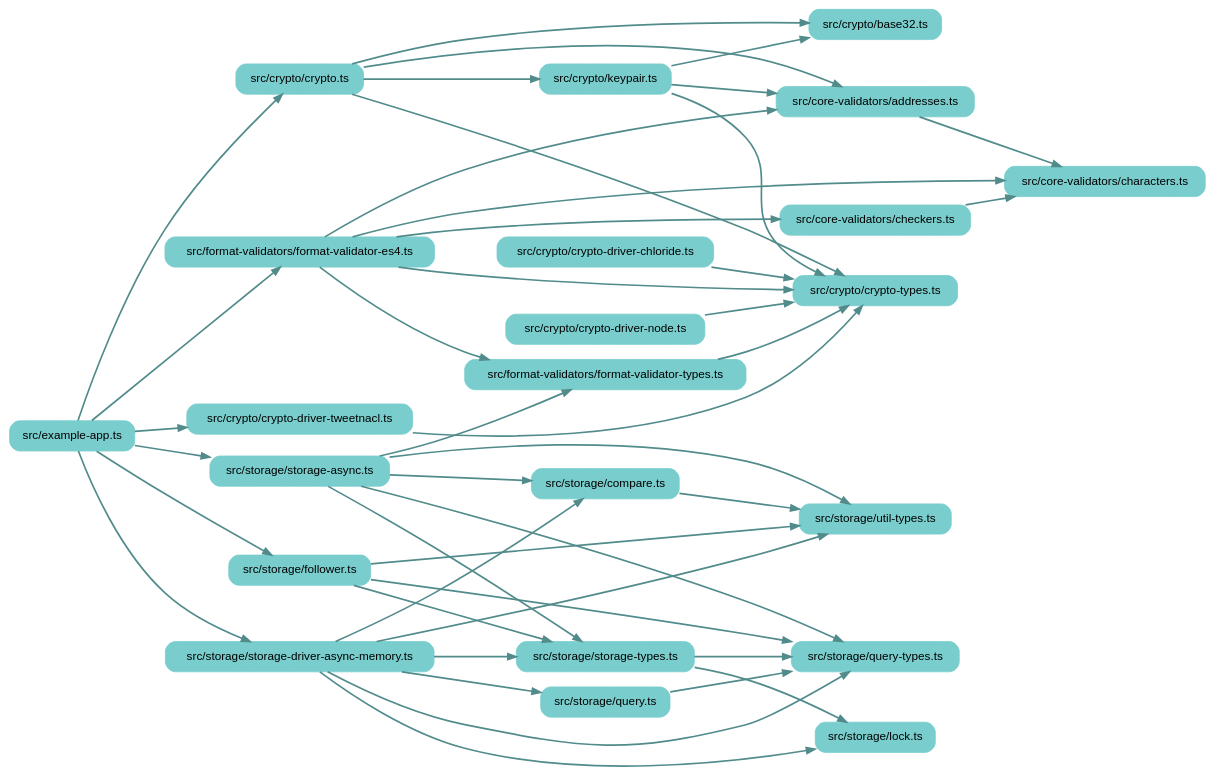
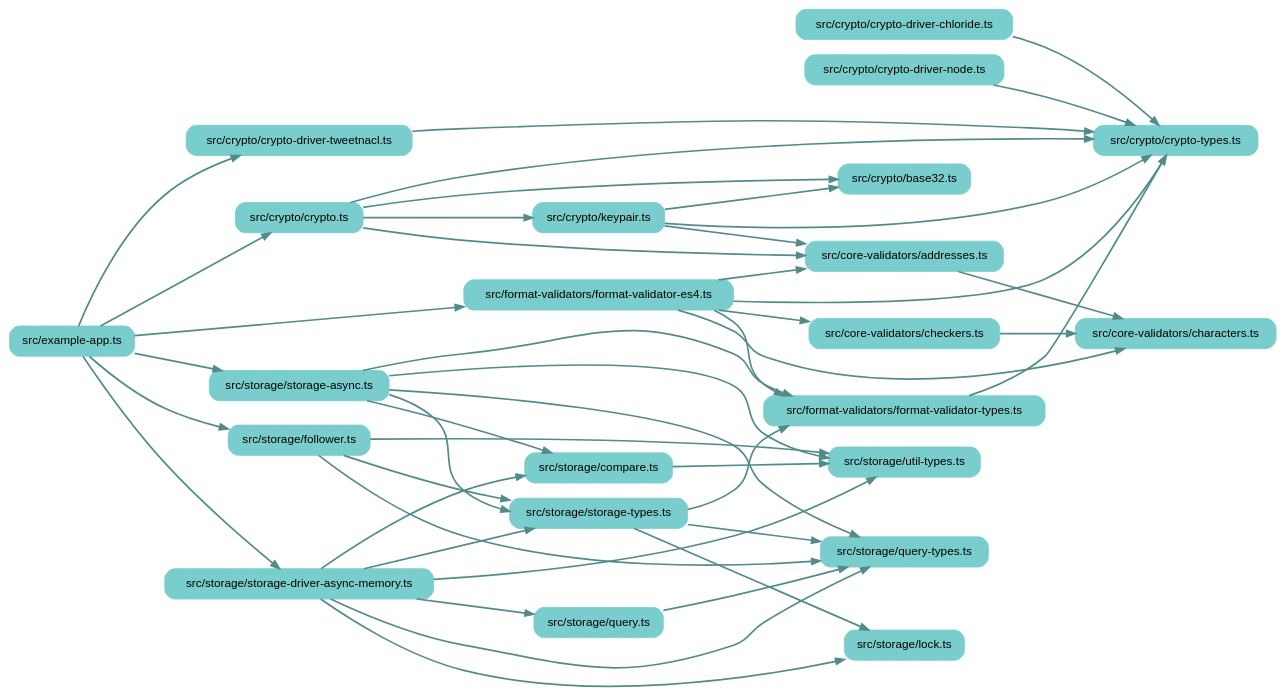
Before and after one commit to earthstar-project/earthstar: the diagram in depchart/depchart-loose.dot, drawn with Graphviz. The commit also changed 8 other files, not shown here.

```diff
--- a/depchart/depchart-loose.dot
+++ b/depchart/depchart-loose.dot
@@ -1,81 +1,82 @@
 
 digraph G {
     //splines=line;
     //splines=polyline;
     splines=true;
     rankdir=LR;
     //newrank=true;
     compound=true;
     graph [fontname = "helvetica"];  // dpi=72
     node [fontname = "helvetica"];
     edge [fontname = "helvetica"];
     
     // files in their folder clusters
         "src/example-app.ts" [label="src/example-app.ts", shape=rectangle; style="rounded,filled"; color=darkslategray3];
         "src/core-validators/addresses.ts" [label="src/core-validators/addresses.ts", shape=rectangle; style="rounded,filled"; color=darkslategray3];
             "src/core-validators/characters.ts" [label="src/core-validators/characters.ts", shape=rectangle; style="rounded,filled"; color=darkslategray3];
             "src/core-validators/checkers.ts" [label="src/core-validators/checkers.ts", shape=rectangle; style="rounded,filled"; color=darkslategray3];
         "src/crypto/base32.ts" [label="src/crypto/base32.ts", shape=rectangle; style="rounded,filled"; color=darkslategray3];
             "src/crypto/crypto-driver-chloride.ts" [label="src/crypto/crypto-driver-chloride.ts", shape=rectangle; style="rounded,filled"; color=darkslategray3];
             "src/crypto/crypto-driver-node.ts" [label="src/crypto/crypto-driver-node.ts", shape=rectangle; style="rounded,filled"; color=darkslategray3];
             "src/crypto/crypto-driver-tweetnacl.ts" [label="src/crypto/crypto-driver-tweetnacl.ts", shape=rectangle; style="rounded,filled"; color=darkslategray3];
             "src/crypto/crypto-types.ts" [label="src/crypto/crypto-types.ts", shape=rectangle; style="rounded,filled"; color=darkslategray3];
             "src/crypto/crypto.ts" [label="src/crypto/crypto.ts", shape=rectangle; style="rounded,filled"; color=darkslategray3];
             "src/crypto/keypair.ts" [label="src/crypto/keypair.ts", shape=rectangle; style="rounded,filled"; color=darkslategray3];
         "src/format-validators/format-validator-es4.ts" [label="src/format-validators/format-validator-es4.ts", shape=rectangle; style="rounded,filled"; color=darkslategray3];
             "src/format-validators/format-validator-types.ts" [label="src/format-validators/format-validator-types.ts", shape=rectangle; style="rounded,filled"; color=darkslategray3];
         "src/storage/compare.ts" [label="src/storage/compare.ts", shape=rectangle; style="rounded,filled"; color=darkslategray3];
             "src/storage/follower.ts" [label="src/storage/follower.ts", shape=rectangle; style="rounded,filled"; color=darkslategray3];
             "src/storage/lock.ts" [label="src/storage/lock.ts", shape=rectangle; style="rounded,filled"; color=darkslategray3];
             "src/storage/query-types.ts" [label="src/storage/query-types.ts", shape=rectangle; style="rounded,filled"; color=darkslategray3];
             "src/storage/query.ts" [label="src/storage/query.ts", shape=rectangle; style="rounded,filled"; color=darkslategray3];
             "src/storage/storage-async.ts" [label="src/storage/storage-async.ts", shape=rectangle; style="rounded,filled"; color=darkslategray3];
             "src/storage/storage-driver-async-memory.ts" [label="src/storage/storage-driver-async-memory.ts", shape=rectangle; style="rounded,filled"; color=darkslategray3];
             "src/storage/storage-types.ts" [label="src/storage/storage-types.ts", shape=rectangle; style="rounded,filled"; color=darkslategray3];
             "src/storage/util-types.ts" [label="src/storage/util-types.ts", shape=rectangle; style="rounded,filled"; color=darkslategray3];
 
     // edges between files
     "src/core-validators/addresses.ts" -> "src/core-validators/characters.ts" [penwidth=2; color=darkslategray4];
     "src/core-validators/checkers.ts" -> "src/core-validators/characters.ts" [penwidth=2; color=darkslategray4];
     "src/crypto/crypto-driver-chloride.ts" -> "src/crypto/crypto-types.ts" [penwidth=2; color=darkslategray4];
     "src/crypto/crypto-driver-node.ts" -> "src/crypto/crypto-types.ts" [penwidth=2; color=darkslategray4];
     "src/crypto/crypto-driver-tweetnacl.ts" -> "src/crypto/crypto-types.ts" [penwidth=2; color=darkslategray4];
     "src/crypto/crypto.ts" -> "src/crypto/crypto-types.ts" [penwidth=2; color=darkslategray4];
     "src/crypto/crypto.ts" -> "src/crypto/base32.ts" [penwidth=2; color=darkslategray4];
     "src/crypto/crypto.ts" -> "src/crypto/keypair.ts" [penwidth=2; color=darkslategray4];
     "src/crypto/crypto.ts" -> "src/core-validators/addresses.ts" [penwidth=2; color=darkslategray4];
     "src/crypto/keypair.ts" -> "src/crypto/base32.ts" [penwidth=2; color=darkslategray4];
     "src/crypto/keypair.ts" -> "src/crypto/crypto-types.ts" [penwidth=2; color=darkslategray4];
     "src/crypto/keypair.ts" -> "src/core-validators/addresses.ts" [penwidth=2; color=darkslategray4];
     "src/example-app.ts" -> "src/format-validators/format-validator-es4.ts" [penwidth=2; color=darkslategray4];
     "src/example-app.ts" -> "src/storage/storage-driver-async-memory.ts" [penwidth=2; color=darkslategray4];
     "src/example-app.ts" -> "src/storage/storage-async.ts" [penwidth=2; color=darkslategray4];
     "src/example-app.ts" -> "src/storage/follower.ts" [penwidth=2; color=darkslategray4];
     "src/example-app.ts" -> "src/crypto/crypto.ts" [penwidth=2; color=darkslategray4];
     "src/example-app.ts" -> "src/crypto/crypto-driver-tweetnacl.ts" [penwidth=2; color=darkslategray4];
     "src/format-validators/format-validator-es4.ts" -> "src/format-validators/format-validator-types.ts" [penwidth=2; color=darkslategray4];
     "src/format-validators/format-validator-es4.ts" -> "src/crypto/crypto-types.ts" [penwidth=2; color=darkslategray4];
     "src/format-validators/format-validator-es4.ts" -> "src/core-validators/characters.ts" [penwidth=2; color=darkslategray4];
     "src/format-validators/format-validator-es4.ts" -> "src/core-validators/checkers.ts" [penwidth=2; color=darkslategray4];
     "src/format-validators/format-validator-es4.ts" -> "src/core-validators/addresses.ts" [penwidth=2; color=darkslategray4];
     "src/format-validators/format-validator-types.ts" -> "src/crypto/crypto-types.ts" [penwidth=2; color=darkslategray4];
     "src/storage/compare.ts" -> "src/storage/util-types.ts" [penwidth=2; color=darkslategray4];
     "src/storage/follower.ts" -> "src/storage/util-types.ts" [penwidth=2; color=darkslategray4];
     "src/storage/follower.ts" -> "src/storage/query-types.ts" [penwidth=2; color=darkslategray4];
     "src/storage/follower.ts" -> "src/storage/storage-types.ts" [penwidth=2; color=darkslategray4];
     "src/storage/query.ts" -> "src/storage/query-types.ts" [penwidth=2; color=darkslategray4];
     "src/storage/storage-async.ts" -> "src/storage/util-types.ts" [penwidth=2; color=darkslategray4];
     "src/storage/storage-async.ts" -> "src/storage/query-types.ts" [penwidth=2; color=darkslategray4];
     "src/storage/storage-async.ts" -> "src/storage/storage-types.ts" [penwidth=2; color=darkslategray4];
     "src/storage/storage-async.ts" -> "src/format-validators/format-validator-types.ts" [penwidth=2; color=darkslategray4];
     "src/storage/storage-async.ts" -> "src/storage/compare.ts" [penwidth=2; color=darkslategray4];
     "src/storage/storage-driver-async-memory.ts" -> "src/storage/util-types.ts" [penwidth=2; color=darkslategray4];
     "src/storage/storage-driver-async-memory.ts" -> "src/storage/query-types.ts" [penwidth=2; color=darkslategray4];
     "src/storage/storage-driver-async-memory.ts" -> "src/storage/storage-types.ts" [penwidth=2; color=darkslategray4];
     "src/storage/storage-driver-async-memory.ts" -> "src/storage/compare.ts" [penwidth=2; color=darkslategray4];
     "src/storage/storage-driver-async-memory.ts" -> "src/storage/query.ts" [penwidth=2; color=darkslategray4];
     "src/storage/storage-driver-async-memory.ts" -> "src/storage/lock.ts" [penwidth=2; color=darkslategray4];
     "src/storage/storage-types.ts" -> "src/storage/query-types.ts" [penwidth=2; color=darkslategray4];
+    "src/storage/storage-types.ts" -> "src/format-validators/format-validator-types.ts" [penwidth=2; color=darkslategray4];
     "src/storage/storage-types.ts" -> "src/storage/lock.ts" [penwidth=2; color=darkslategray4];
 
 }
```
